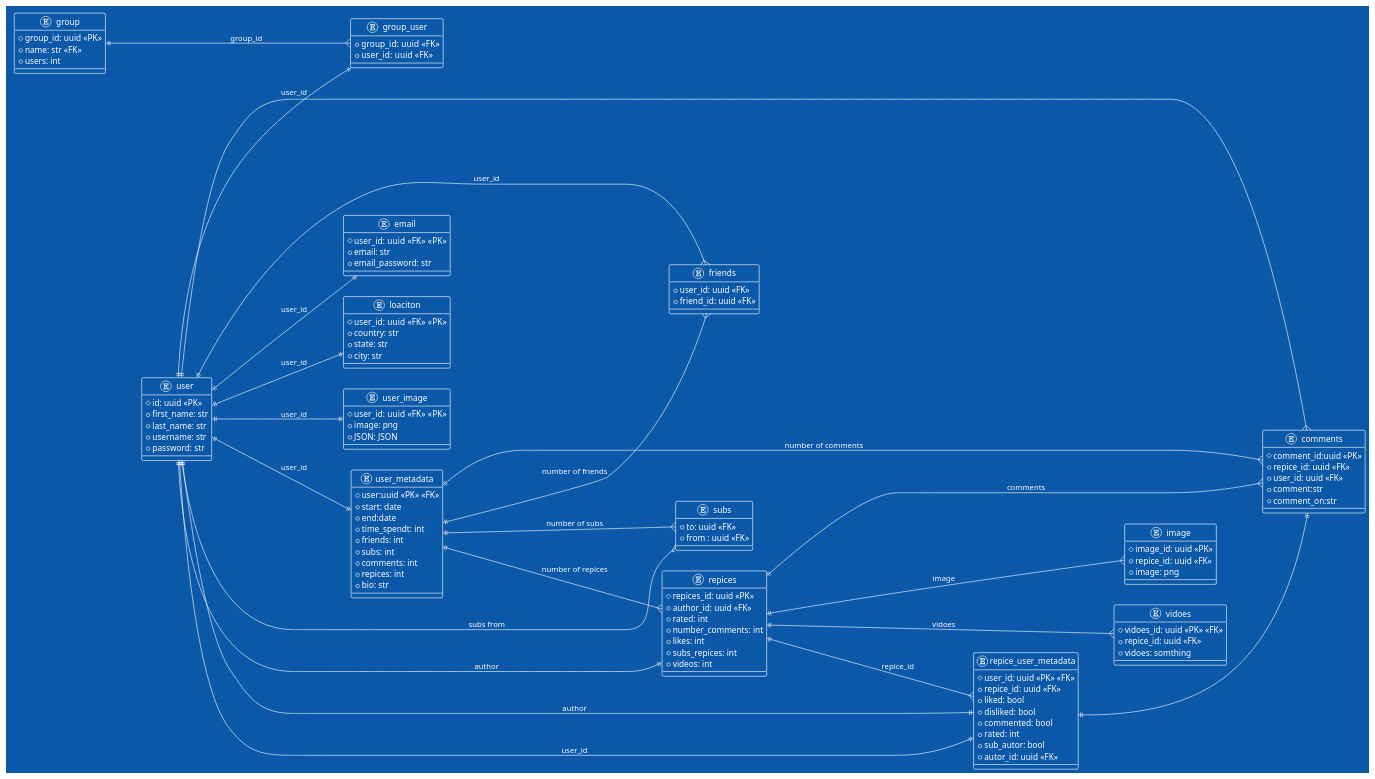
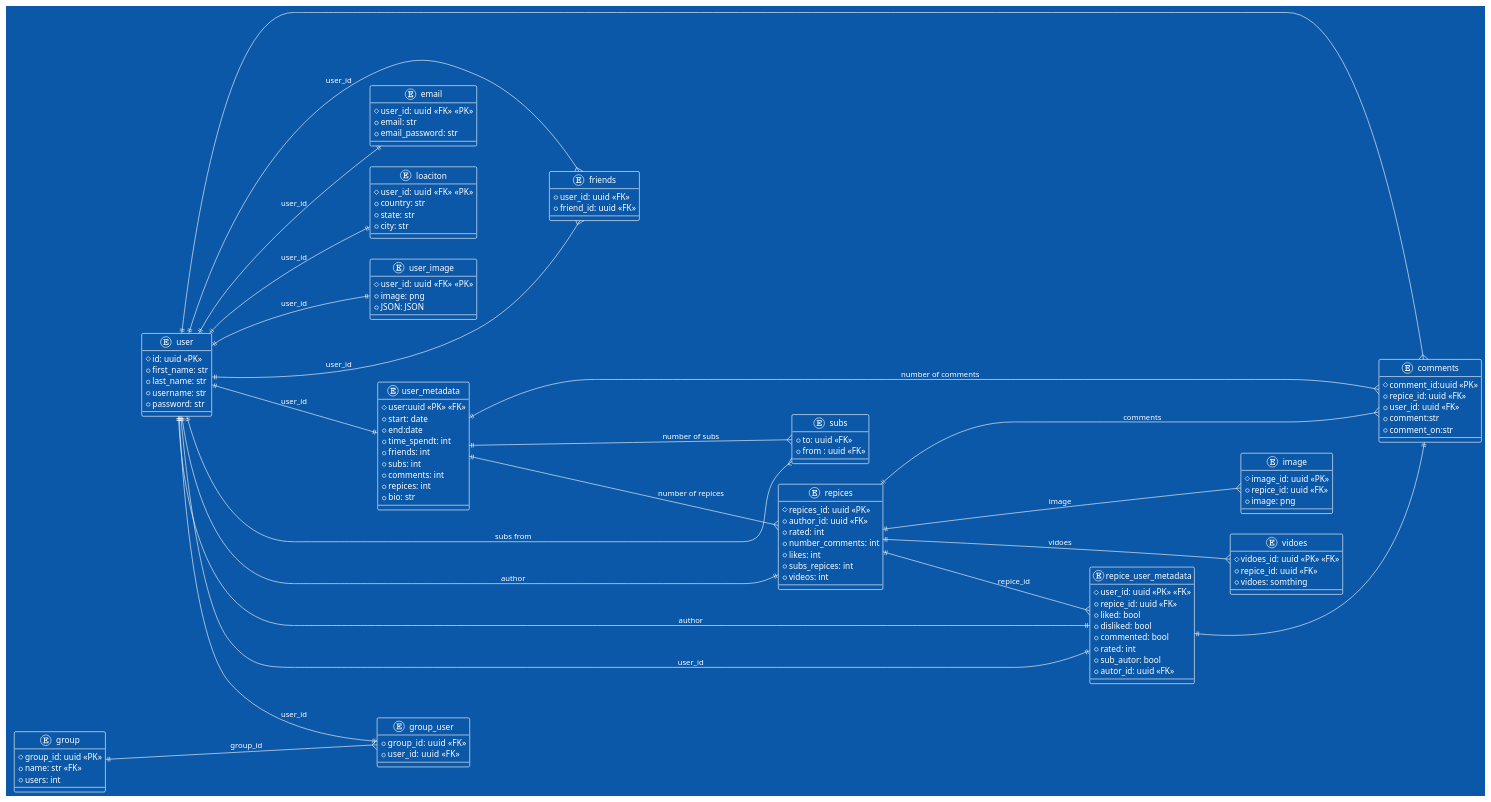
The diagram in diagrams /src/erd.puml (refactorartist/recipe-manager), drawn with PlantUML before and after one commit. The commit also changed 1 other file, not shown here.

```diff
--- a/diagrams /src/erd.puml
+++ b/diagrams /src/erd.puml
@@ -1,146 +1,146 @@
 @startuml erd 
 
 
 left to right direction 
 
 !theme amiga
 
 entity user{
 # id: uuid <<PK>>   
 + first_name: str  
 + last_name: str 
 + username: str 
 + password: str 
 }
 
 entity email {
 # user_id: uuid <<FK>>  <<PK>> 
 +  email: str 
 +  email_password: str
 }
 
 entity loaciton {
 # user_id: uuid <<FK>>  <<PK>>
 + country: str   
 + state: str 
 + city: str  
 }
 
 entity user_image { 
 # user_id: uuid <<FK>>  <<PK>>
 + image: png
 + JSON: JSON
 }
 
 entity friends {
 + user_id: uuid <<FK>>  
 + friend_id: uuid <<FK>>  
 }
 
 
 
 entity subs {
 + to: uuid <<FK>>  
 + from : uuid <<FK>>  
 }
 
 
 
 entity repices {
 # repices_id: uuid <<PK>>
 + author_id: uuid <<FK>>
 + rated: int
 + number_comments: int
 + likes: int
 + subs_repices: int 
 + videos: int  
 }
 
 
 
 entity repice_user_metadata{
 # user_id: uuid <<PK>> <<FK>>
 + repice_id: uuid <<FK>>
 + liked: bool
 + disliked: bool
 + commented: bool
 + rated: int
 + sub_autor: bool
 + autor_id: uuid <<FK>>
 }
 
 entity comments {
 # comment_id:uuid <<PK>>
 + repice_id: uuid <<FK>>
 + user_id: uuid <<FK>>
 + comment:str 
 + comment_on:str 
 }
 
 entity user_metadata {
 # user:uuid <<PK>> <<FK>>
 + start: date
 + end:date 
 + time_spendt: int 
 + friends: int 
 + subs: int
 + comments: int
 + repices: int
 + bio: str 
 
 }
 
 entity vidoes{
 # vidoes_id: uuid <<PK>> <<FK>> 
 + repice_id: uuid <<FK>>
 + vidoes: somthing 
 }
 
 entity group {
 # group_id: uuid <<PK>> 
 + name: str <<FK>>
 + users: int
 }
 
 entity image{
 # image_id: uuid <<PK>>
 + repice_id: uuid <<FK>>
 + image: png
 }
 
 entity group_user { 
 +group_id: uuid  <<FK>>
 +user_id: uuid  <<FK>>
 }
  
 
 
 user ||---|| user_metadata : user_id 
 user ||---|| email : user_id 
 user ||---|| loaciton : user_id  
 user ||---|| user_image : user_id  
 user ||---{ friends : user_id 
 user ||---|| group_user : user_id
 user ||---{ comments
 user ||----{ subs : subs from  
 user ||----|| repices : author
 user ||----|| repice_user_metadata : user_id
 user ||----|| repice_user_metadata : author
+user ||----{ friends : user_id
 
 user_metadata ||----{ subs : number of subs
 user_metadata ||----{ repices: number of repices   
 user_metadata ||----{ comments : number of comments
-user_metadata ||----{ friends : number of friends
 
 
 group ||----{ group_user : group_id
 
 repice_user_metadata ||---|| comments
 
 
 repices ||---{ repice_user_metadata : repice_id
 repices ||----{ vidoes : vidoes 
 repices ||----{ comments : comments 
 repices ||----{ image  : image 
 
 @enduml
```
